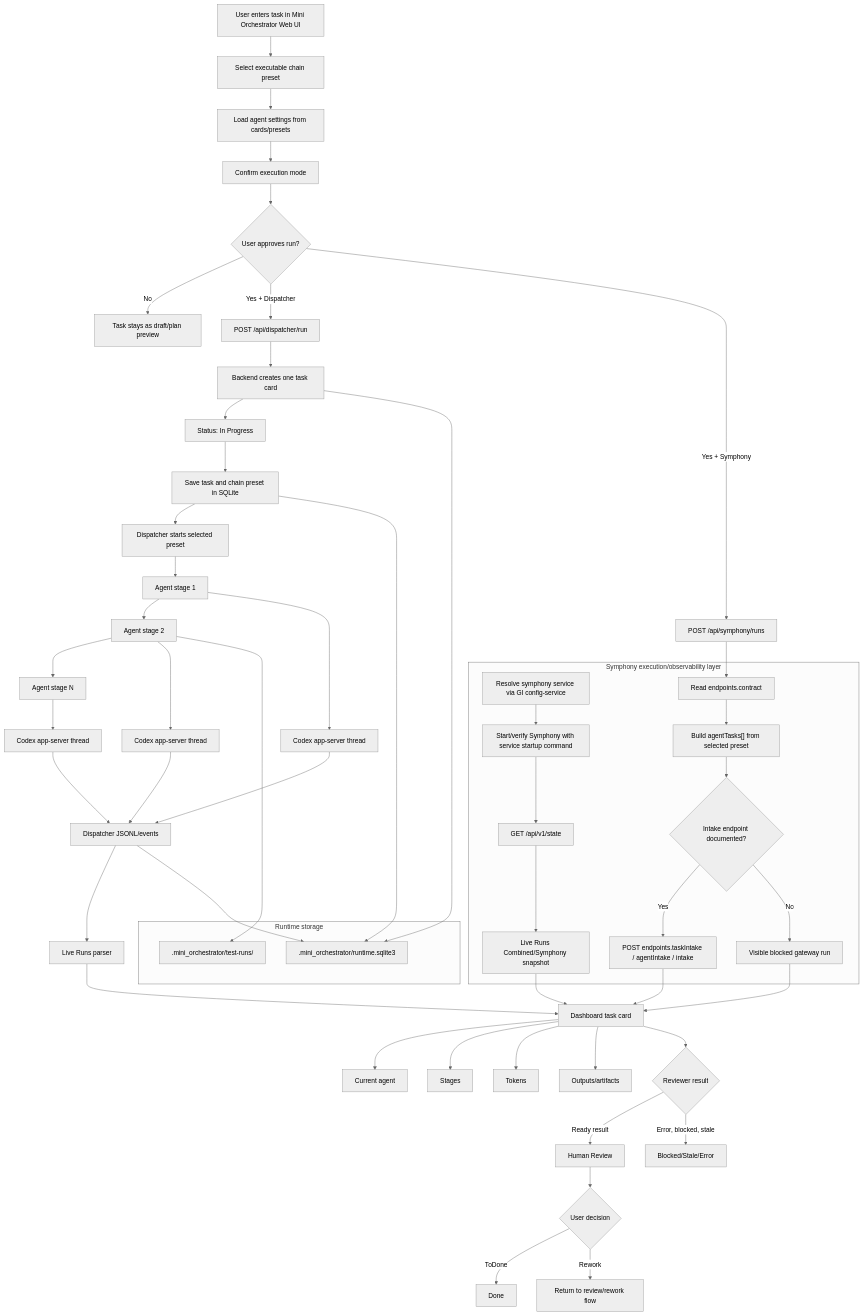
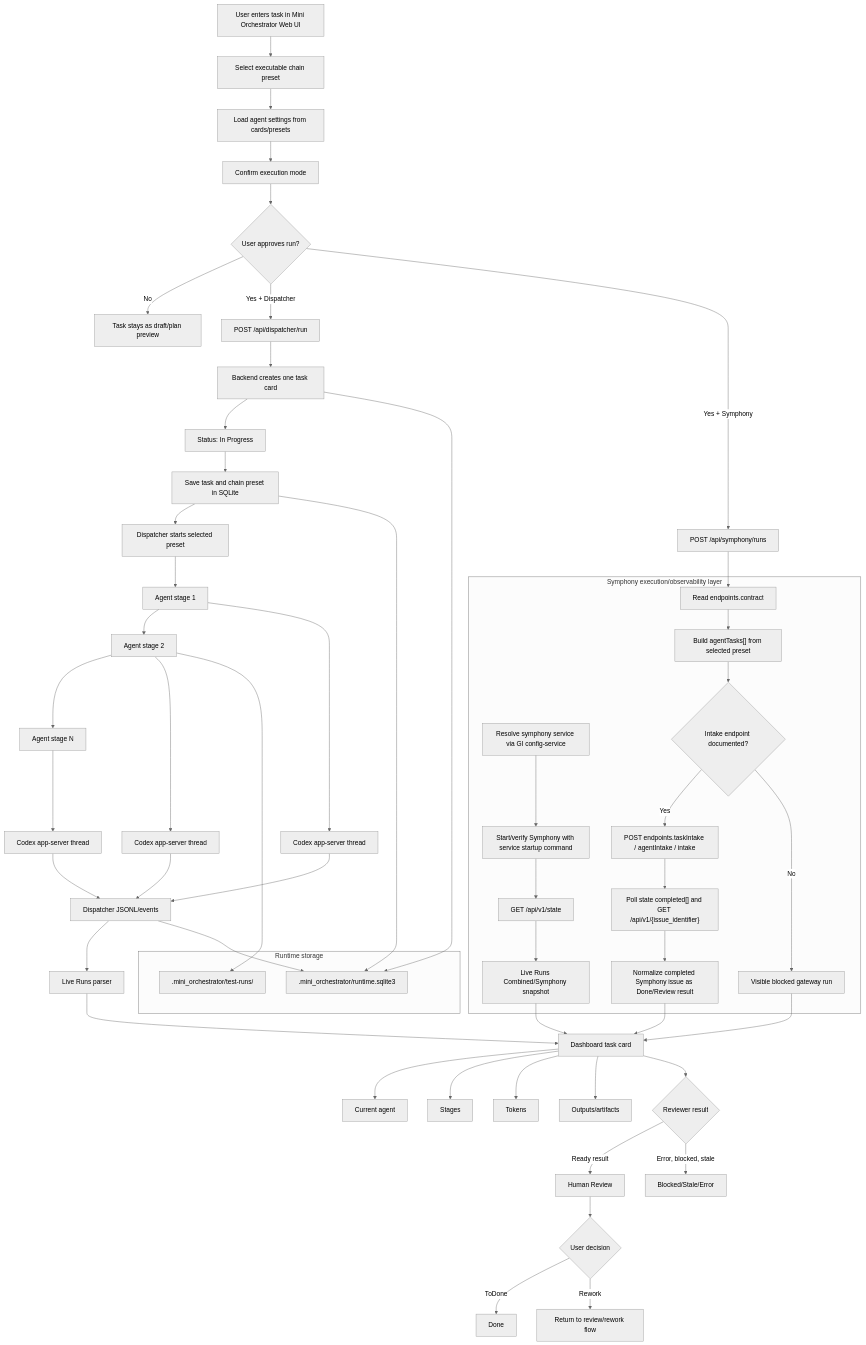
One commit to Dimosfil/mini-orchestrator changed the diagram in tools/project-memory/task-processing-flow.md. Above: the diagram before and after it, drawn with Mermaid (neutral theme). The commit also changed other lines of this file and 14 other files, not shown here.

````diff
--- a/tools/project-memory/task-processing-flow.md
+++ b/tools/project-memory/task-processing-flow.md
@@ -12,71 +12,73 @@
 ```mermaid
 flowchart TD
     A["User enters task in Mini Orchestrator Web UI"] --> B["Select executable chain preset"]
     B --> C["Load agent settings from cards/presets"]
     C --> X["Confirm execution mode"]
     X --> D{"User approves run?"}
 
     D -- "No" --> E["Task stays as draft/plan preview"]
     D -- "Yes + Dispatcher" --> F["POST /api/dispatcher/run"]
     D -- "Yes + Symphony" --> SF["POST /api/symphony/runs"]
 
     F --> G["Backend creates one task card"]
     G --> H["Status: In Progress"]
     H --> I["Save task and chain preset in SQLite"]
 
     I --> J["Dispatcher starts selected preset"]
     J --> K["Agent stage 1"]
     K --> L["Agent stage 2"]
     L --> M["Agent stage N"]
 
     K --> K1["Codex app-server thread"]
     L --> L1["Codex app-server thread"]
     M --> M1["Codex app-server thread"]
 
     K1 --> N["Dispatcher JSONL/events"]
     L1 --> N
     M1 --> N
 
     N --> O["Live Runs parser"]
     O --> P["Dashboard task card"]
     P --> P1["Current agent"]
     P --> P2["Stages"]
     P --> P3["Tokens"]
     P --> P4["Outputs/artifacts"]
 
     P --> Q{"Reviewer result"}
     Q -- "Ready result" --> R["Human Review"]
     Q -- "Error, blocked, stale" --> S["Blocked/Stale/Error"]
 
     R --> T{"User decision"}
     T -- "ToDone" --> U["Done"]
     T -- "Rework" --> V["Return to review/rework flow"]
 
     subgraph RuntimeStorage["Runtime storage"]
         DB[".mini_orchestrator/runtime.sqlite3"]
         FS[".mini_orchestrator/test-runs/"]
     end
 
     I --> DB
     G --> DB
     N --> DB
     L --> FS
 
     subgraph SymphonyLayer["Symphony execution/observability layer"]
         SY0["Resolve symphony service via GI config-service"]
         SY1["Start/verify Symphony with service startup command"]
         SY2["GET /api/v1/state"]
         SY3["Live Runs Combined/Symphony snapshot"]
         SY4["Read endpoints.contract"]
         SY5["Build agentTasks[] from selected preset"]
         SY6{"Intake endpoint documented?"}
         SY7["POST endpoints.taskIntake / agentIntake / intake"]
         SY8["Visible blocked gateway run"]
+        SY9["Poll state completed[] and GET /api/v1/{issue_identifier}"]
+        SY10["Normalize completed Symphony issue as Done/Review result"]
     end
 
     SY0 --> SY1 --> SY2 --> SY3
     SY3 --> P
     SF --> SY4 --> SY5 --> SY6
-    SY6 -- "Yes" --> SY7 --> P
+    SY6 -- "Yes" --> SY7 --> SY9 --> SY10 --> P
     SY6 -- "No" --> SY8 --> P
 ```
````
